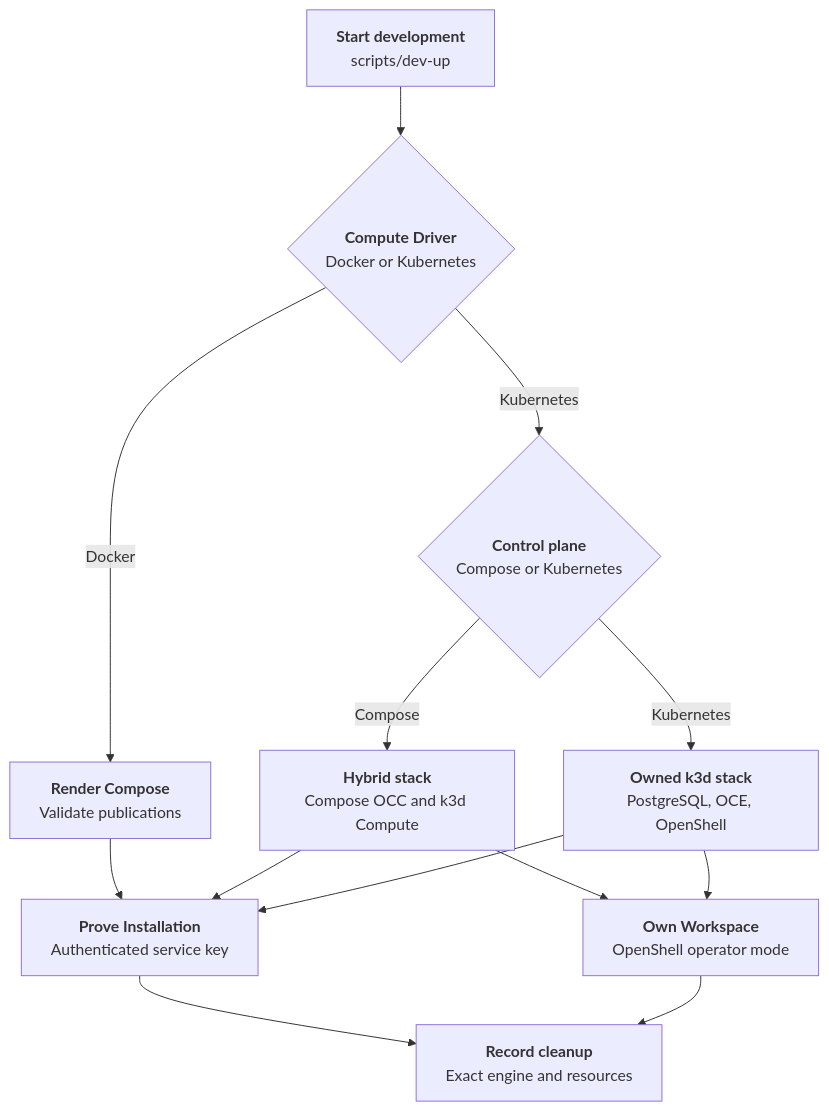
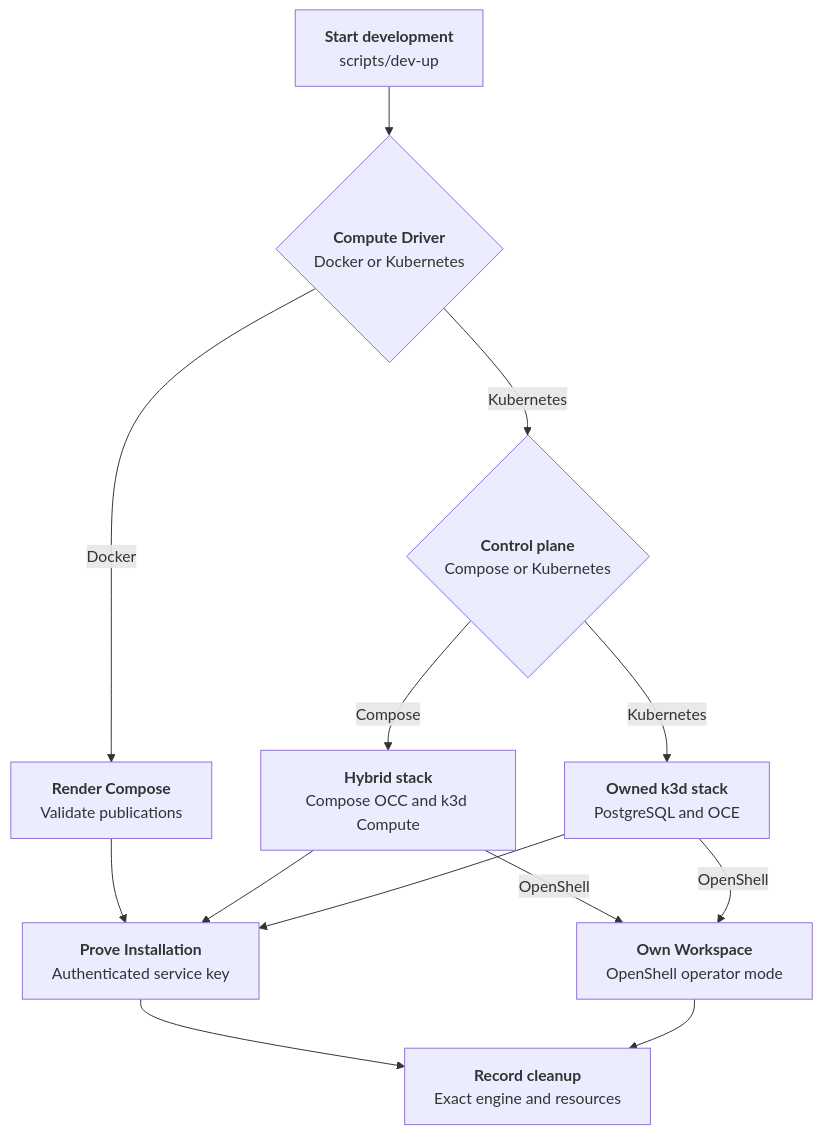
Before and after one commit to IsaiahStapleton/openclaw-enterprise: the diagram in docs/flows/docker-compose-development/startup.md, drawn with Mermaid. The commit also changed other lines of this file and 50 other files, not shown here.

````diff
--- a/docs/flows/docker-compose-development/startup.md
+++ b/docs/flows/docker-compose-development/startup.md
@@ -32,15 +32,15 @@
 ```mermaid
 graph TD
   A["<b>Start development</b><br/>scripts/dev-up"] --> B{"<b>Compute Driver</b><br/>Docker or Kubernetes"}
   B -- "Docker" --> C["<b>Render Compose</b><br/>Validate publications"]
   B -- "Kubernetes" --> D{"<b>Control plane</b><br/>Compose or Kubernetes"}
-  D -- "Kubernetes" --> E["<b>Owned k3d stack</b><br/>PostgreSQL, OCE, OpenShell"]
+  D -- "Kubernetes" --> E["<b>Owned k3d stack</b><br/>PostgreSQL and OCE"]
   D -- "Compose" --> F["<b>Hybrid stack</b><br/>Compose OCC and k3d Compute"]
   C --> G["<b>Prove Installation</b><br/>Authenticated service key"]
   F --> G
   E --> G
-  F --> H["<b>Own Workspace</b><br/>OpenShell operator mode"]
-  E --> H
+  F -- "OpenShell" --> H["<b>Own Workspace</b><br/>OpenShell operator mode"]
+  E -- "OpenShell" --> H
   G --> I["<b>Record cleanup</b><br/>Exact engine and resources"]
   H --> I
 ```
````
